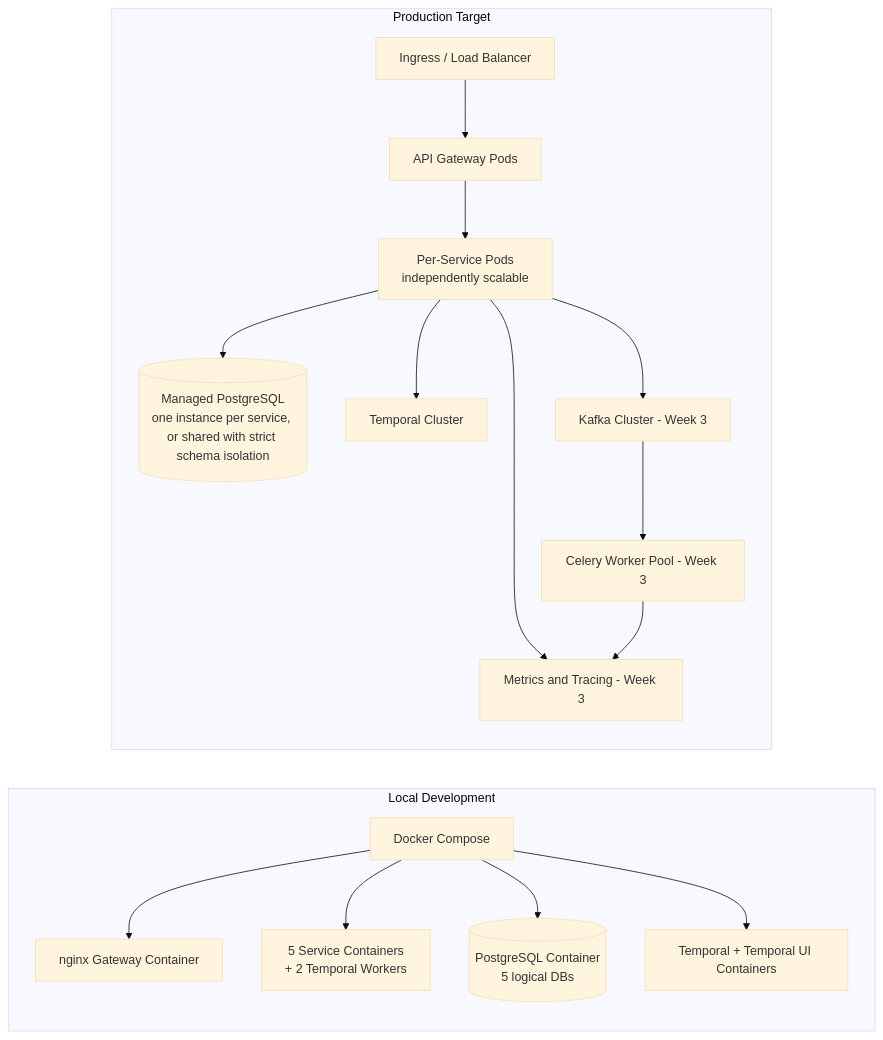
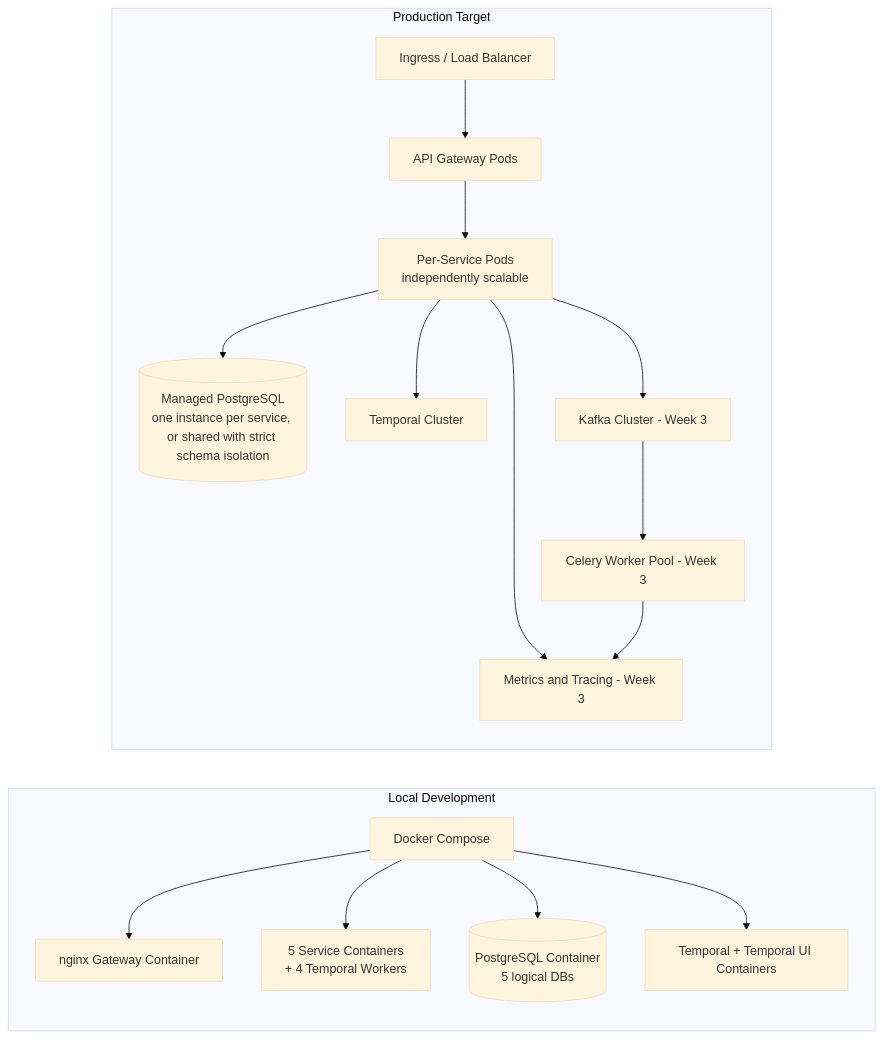
Before and after one commit to afnan-emumba/smart-hire: the seventh of 7 diagrams in docs/ARCHITECTURE.md, drawn with Mermaid (base theme). The commit also changed other lines of this file and 3 other files, not shown here.

````diff
--- a/docs/ARCHITECTURE.md
+++ b/docs/ARCHITECTURE.md
@@ -263,34 +293,34 @@
 ```mermaid
 flowchart LR
     subgraph Local Development
         compose[Docker Compose]
         nginxLocal[nginx Gateway Container]
-        serviceContainers[5 Service Containers<br/>+ 2 Temporal Workers]
+        serviceContainers[5 Service Containers<br/>+ 4 Temporal Workers]
         localDb[(PostgreSQL Container<br/>5 logical DBs)]
         localTemporal[Temporal + Temporal UI Containers]
     end
 
     subgraph Production Target
         ingress[Ingress / Load Balancer]
         gatewayPods[API Gateway Pods]
         servicePods[Per-Service Pods<br/>independently scalable]
         managedDb[(Managed PostgreSQL<br/>one instance per service, or shared with strict schema isolation)]
         temporalCluster[Temporal Cluster]
         kafkaCluster[Kafka Cluster - Week 3]
         workerPool[Celery Worker Pool - Week 3]
         observability[Metrics and Tracing - Week 3]
     end
 
     compose --> nginxLocal
     compose --> serviceContainers
     compose --> localDb
     compose --> localTemporal
     ingress --> gatewayPods
     gatewayPods --> servicePods
     servicePods --> managedDb
     servicePods --> temporalCluster
     servicePods --> kafkaCluster
     kafkaCluster --> workerPool
     servicePods --> observability
     workerPool --> observability
 ```
````
